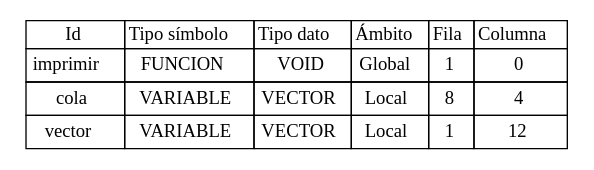
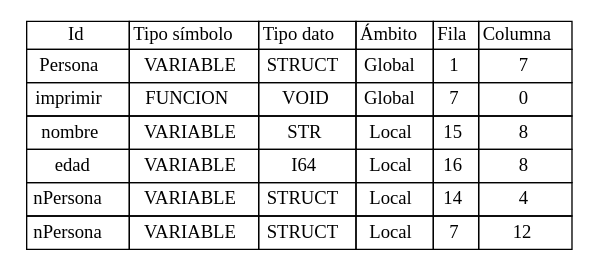
Before and after one commit to Jodyannre/COMPI2_proyecto2_2022: the diagram in Back/Web/tablas/tablaSimbolos.dot, drawn with Graphviz. The commit also changed 12 other files, not shown here.

```diff
--- a/Back/Web/tablas/tablaSimbolos.dot
+++ b/Back/Web/tablas/tablaSimbolos.dot
@@ -1,72 +1,126 @@
 
 	digraph {
 		tablaSimbolos [
 		  shape=plaintext
 		  label=<
 			<table border='0' cellborder='1' color='black' cellspacing='0'>
 			  <tr>
 				  <td>Id</td>
 				  <td>Tipo símbolo</td>
 				  <td>Tipo dato</td>
 				  <td>Ámbito</td>
 				  <td>Fila</td>
 				  <td>Columna</td>
 			  </tr>
 	
 <tr>
 <td cellpadding='4'>
+Persona
+</td>
+<td cellpadding='4'>VARIABLE
+</td>
+<td cellpadding='4'>STRUCT
+</td>
+<td cellpadding='4'>Global
+</td>
+<td cellpadding='4'>
+1
+</td>
+<td cellpadding='4'>
+7
+</td>
+</tr>
+
+<tr>
+<td cellpadding='4'>
 imprimir
 </td>
 <td cellpadding='4'>FUNCION
 </td>
 <td cellpadding='4'>VOID
 </td>
 <td cellpadding='4'>Global
 </td>
 <td cellpadding='4'>
-1
+7
 </td>
 <td cellpadding='4'>
 0
 </td>
 </tr>
 
 <tr>
 <td cellpadding='4'>
-cola
+nombre
 </td>
 <td cellpadding='4'>VARIABLE
 </td>
-<td cellpadding='4'>VECTOR
+<td cellpadding='4'>STR
 </td>
 <td cellpadding='4'>Local
 </td>
 <td cellpadding='4'>
+15
+</td>
+<td cellpadding='4'>
 8
+</td>
+</tr>
+
+<tr>
+<td cellpadding='4'>
+edad
+</td>
+<td cellpadding='4'>VARIABLE
+</td>
+<td cellpadding='4'>I64
+</td>
+<td cellpadding='4'>Local
+</td>
+<td cellpadding='4'>
+16
+</td>
+<td cellpadding='4'>
+8
+</td>
+</tr>
+
+<tr>
+<td cellpadding='4'>
+nPersona
+</td>
+<td cellpadding='4'>VARIABLE
+</td>
+<td cellpadding='4'>STRUCT
+</td>
+<td cellpadding='4'>Local
+</td>
+<td cellpadding='4'>
+14
 </td>
 <td cellpadding='4'>
 4
 </td>
 </tr>
 
 <tr>
 <td cellpadding='4'>
-vector
+nPersona
 </td>
 <td cellpadding='4'>VARIABLE
 </td>
-<td cellpadding='4'>VECTOR
+<td cellpadding='4'>STRUCT
 </td>
 <td cellpadding='4'>Local
 </td>
 <td cellpadding='4'>
-1
+7
 </td>
 <td cellpadding='4'>
 12
 </td>
 </tr>
 
 		</table>
 		>];
 	}
```
